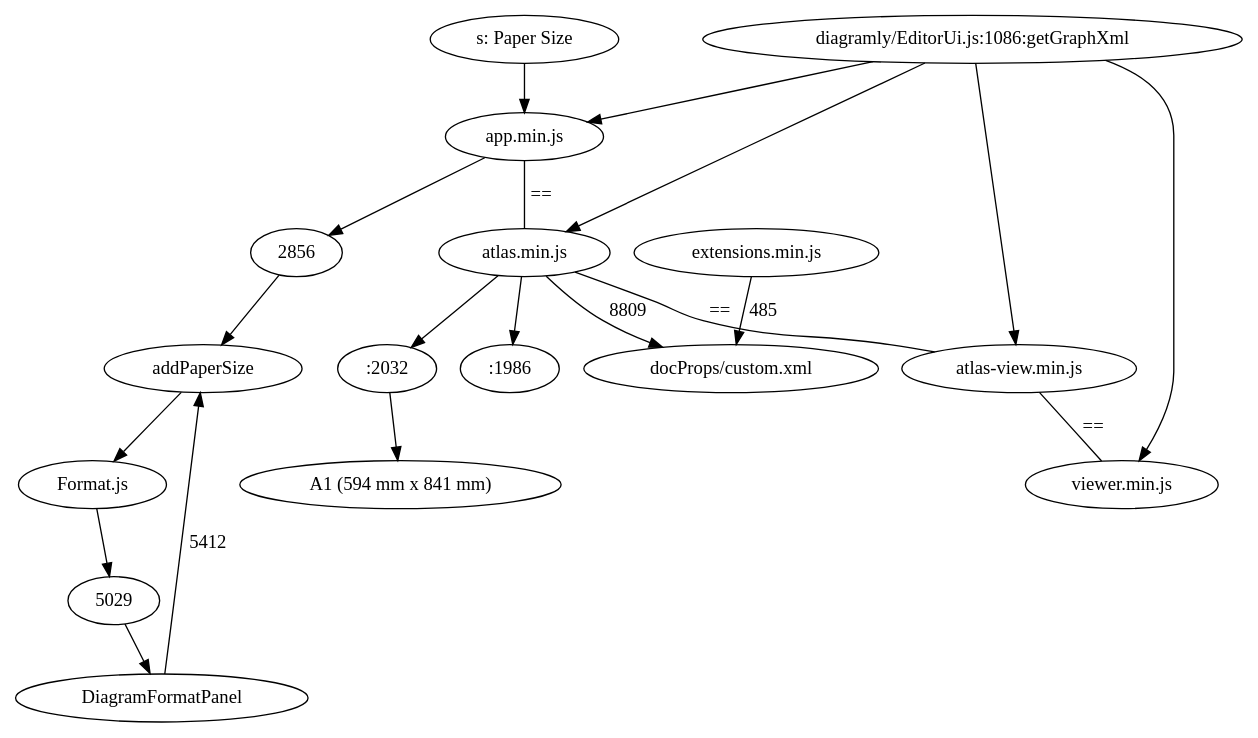
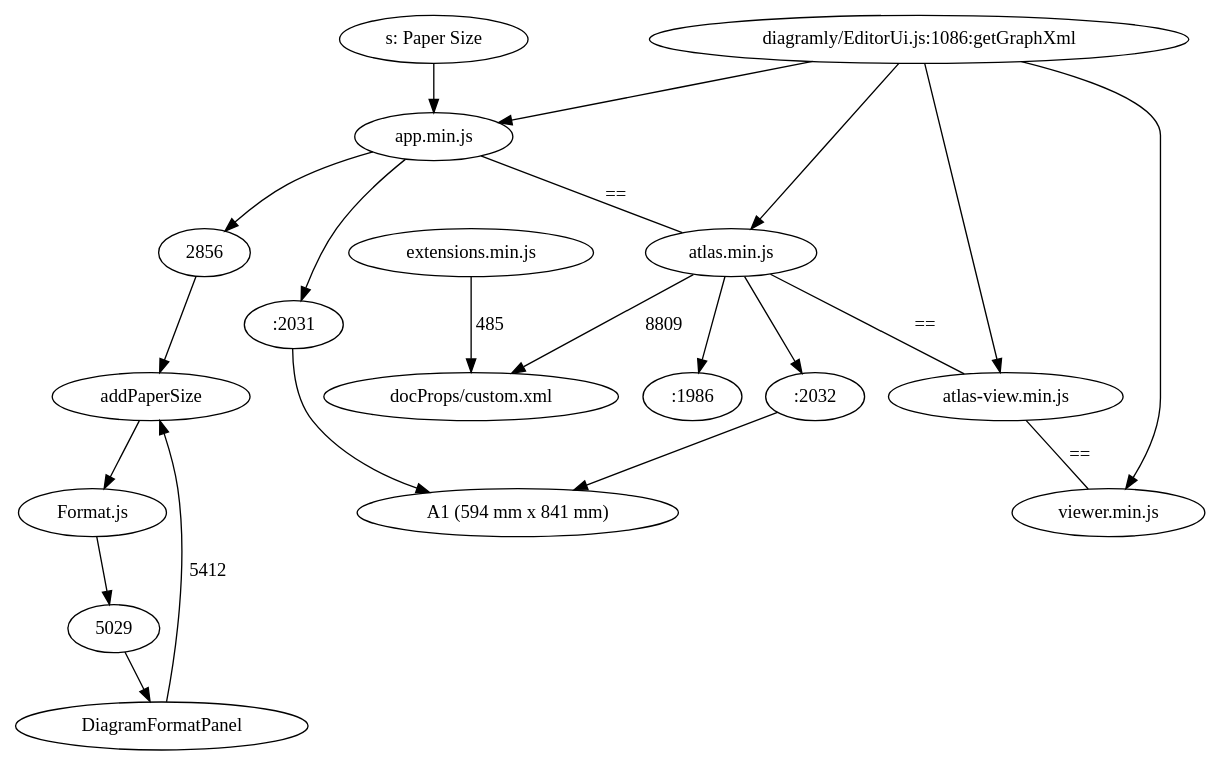
Before and after one commit to heraldia/drawio: the diagram in relation.dot, drawn with Graphviz. The commit also changed 5 other files, not shown here.

Commit message:
app.min.js paperSize7inch

```diff
--- a/relation.dot
+++ b/relation.dot
@@ -1,16 +1,17 @@
 digraph first2{
 "diagramly/EditorUi.js:1086:getGraphXml" -> "app.min.js";
 "diagramly/EditorUi.js:1086:getGraphXml" -> "atlas.min.js" -> ":1986";
+"app.min.js" -> ":2031" -> "A1 (594 mm x 841 mm)";
 "atlas.min.js" -> ":2032" -> "A1 (594 mm x 841 mm)";
 "diagramly/EditorUi.js:1086:getGraphXml" -> "atlas-view.min.js";
 "diagramly/EditorUi.js:1086:getGraphXml" -> "viewer.min.js";
 
 "app.min.js" -> "atlas.min.js" -> "atlas-view.min.js" -> "viewer.min.js" [label
     = "==", arrowhead="none" ];
 
 "s: Paper Size" -> "app.min.js" -> "2856" -> "addPaperSize";
 "addPaperSize" -> "Format.js" -> "5029" -> "DiagramFormatPanel";
 "DiagramFormatPanel" -> "addPaperSize" [label= "5412" ];
 "atlas.min.js"  -> "docProps/custom.xml" [label = "8809" ];
 "extensions.min.js" -> "docProps/custom.xml" [label = "485"]; 
 }
```
